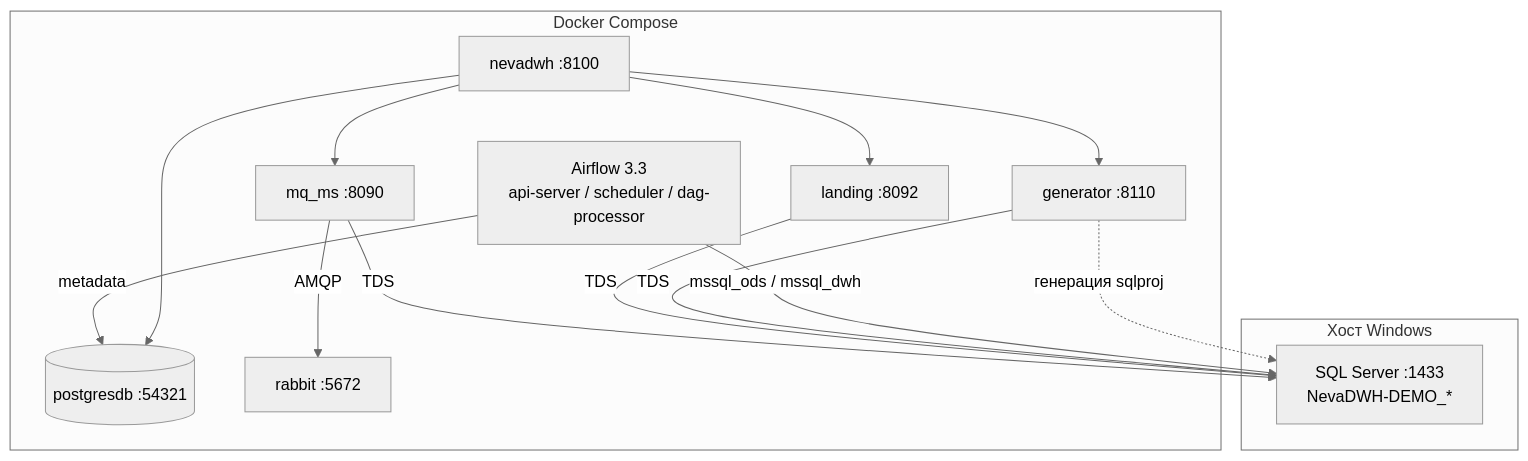
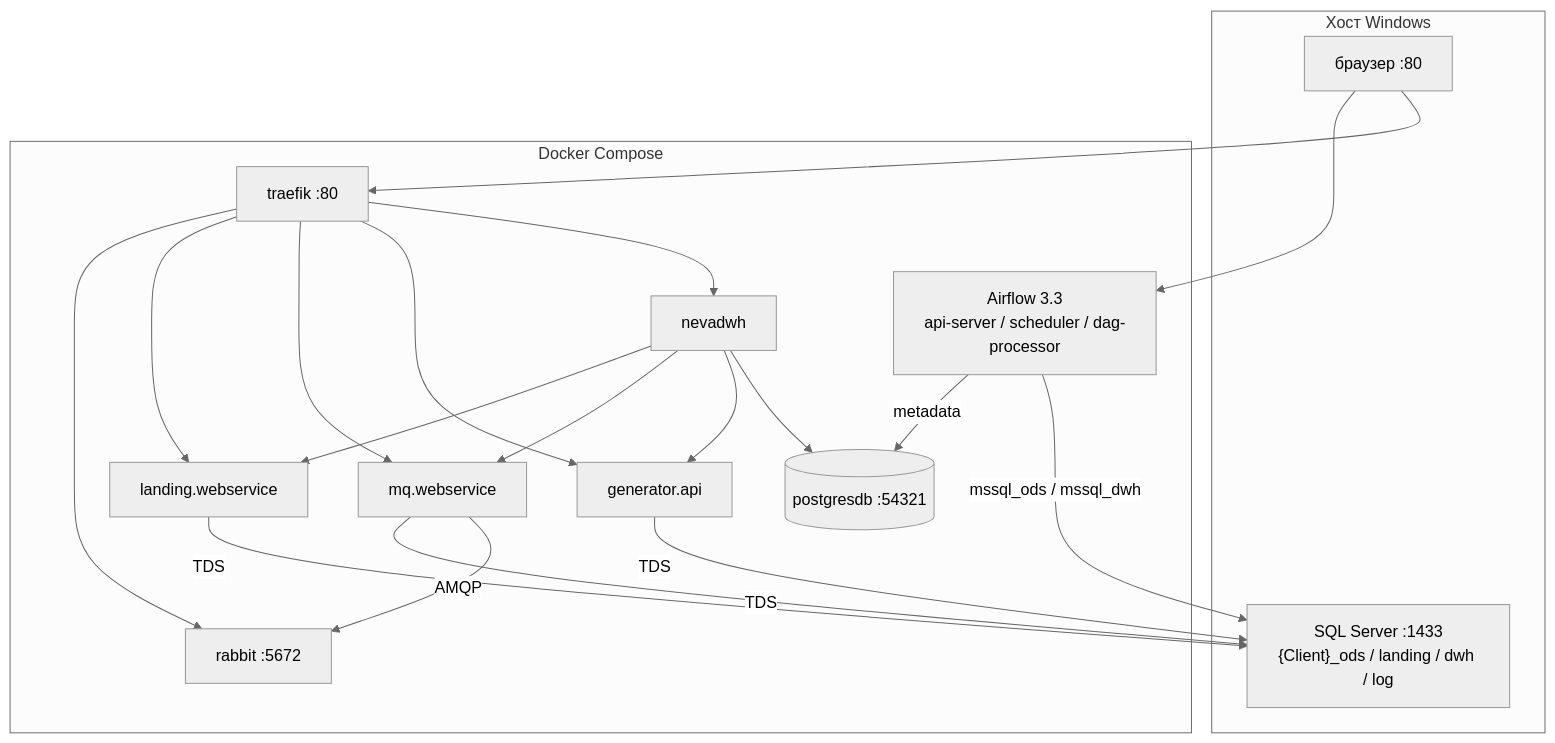
Before and after one commit to Raul-dev/NevaDWH: the diagram in dbmssql/README.md, drawn with Mermaid (neutral theme). The commit also changed other lines of this file and 46 other files, not shown here.

````diff
--- a/dbmssql/README.md
+++ b/dbmssql/README.md
@@ -27,28 +32,36 @@
 ```mermaid
 flowchart TB
   subgraph host [Хост Windows]
-    MSSQL["SQL Server :1433<br/>NevaDWH-DEMO_*"]
+    Browser["браузер :80"]
+    MSSQL["SQL Server :1433<br/>{Client}_ods / landing / dwh / log"]
   end
 
   subgraph compose [Docker Compose]
+    TR[traefik :80]
     PG[(postgresdb :54321)]
     RMQ[rabbit :5672]
     AF[Airflow 3.3<br/>api-server / scheduler / dag-processor]
-    MQ[mq_ms :8090]
-    LND[landing :8092]
-    GEN[generator :8110]
-    UI[nevadwh :8100]
+    MQ[mq.webservice]
+    LND[landing.webservice]
+    GEN[generator.api]
+    UI[nevadwh]
   end
 
+  Browser --> TR
+  TR --> UI
+  TR --> GEN
+  TR --> MQ
+  TR --> LND
+  TR --> RMQ
+  Browser --> AF
   MQ -->|AMQP| RMQ
   MQ -->|TDS| MSSQL
   LND -->|TDS| MSSQL
   GEN -->|TDS| MSSQL
   AF -->|mssql_ods / mssql_dwh| MSSQL
   AF -->|metadata| PG
   UI --> PG
   UI --> GEN
   UI --> MQ
   UI --> LND
-  GEN -.->|генерация sqlproj| MSSQL
 ```
````
